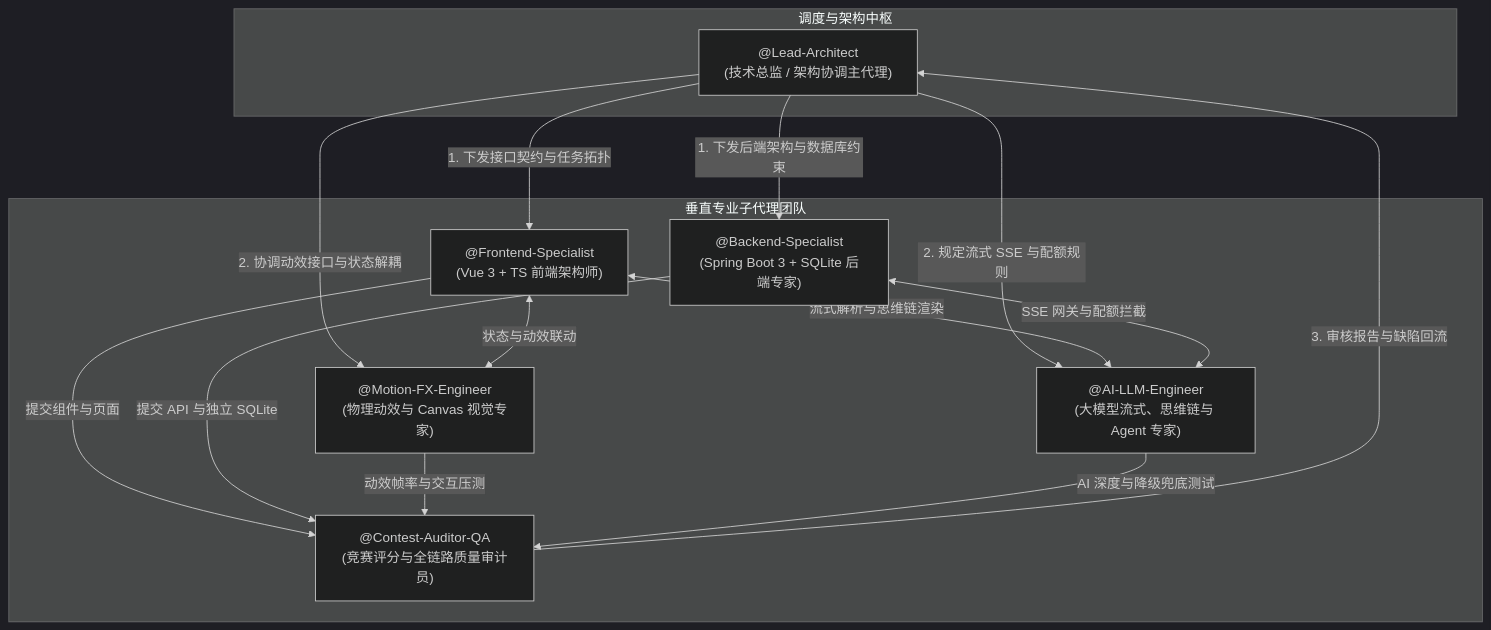
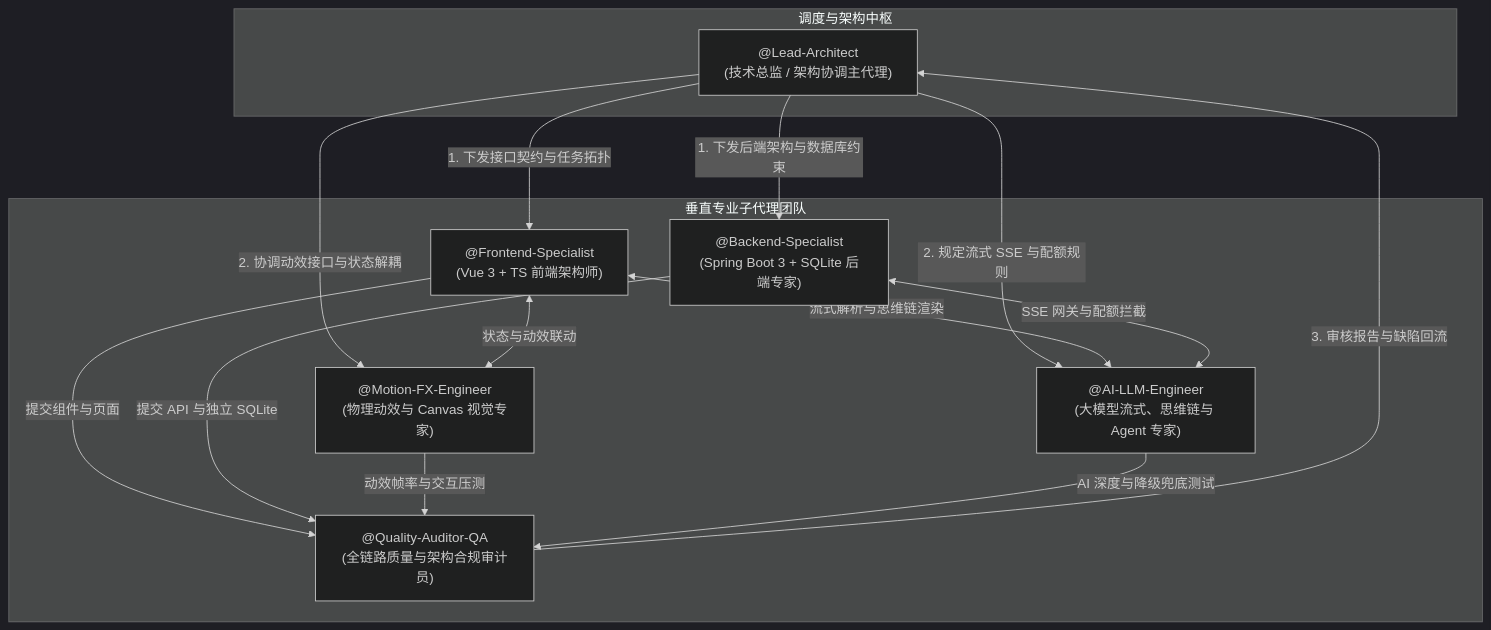
One commit to gyb0619/XCWeb changed the first of 2 diagrams in docs/PROMPTS.md. Above: the diagram before and after it, drawn with Mermaid (dark theme). The commit also changed other lines of this file and 1 other file, not shown here.

Commit message:
chore(docs): remove contest name references and generalize quality audit agent

````diff
--- a/docs/PROMPTS.md
+++ b/docs/PROMPTS.md
@@ -11,30 +11,30 @@
 ```mermaid
 graph TB
     subgraph Core_Orchestrator["调度与架构中枢"]
         Architect["@Lead-Architect<br/>(技术总监 / 架构协调主代理)"]
     end
 
     subgraph Specialized_Agents["垂直专业子代理团队"]
         FrontendDev["@Frontend-Specialist<br/>(Vue 3 + TS 前端架构师)"]
         MotionFX["@Motion-FX-Engineer<br/>(物理动效与 Canvas 视觉专家)"]
         BackendDev["@Backend-Specialist<br/>(Spring Boot 3 + SQLite 后端专家)"]
         AIEngineer["@AI-LLM-Engineer<br/>(大模型流式、思维链与 Agent 专家)"]
-        ContestQA["@Contest-Auditor-QA<br/>(竞赛评分与全链路质量审计员)"]
+        QualityQA["@Quality-Auditor-QA<br/>(全链路质量与架构合规审计员)"]
     end
 
     Architect -->|"1. 下发接口契约与任务拓扑"| FrontendDev
     Architect -->|"1. 下发后端架构与数据库约束"| BackendDev
     Architect -->|"2. 协调动效接口与状态解耦"| MotionFX
     Architect -->|"2. 规定流式 SSE 与配额规则"| AIEngineer
     
     FrontendDev <-->|"状态与动效联动"| MotionFX
     FrontendDev <-->|"流式解析与思维链渲染"| AIEngineer
     BackendDev <-->|"SSE 网关与配额拦截"| AIEngineer
     
-    FrontendDev -->|"提交组件与页面"| ContestQA
-    BackendDev -->|"提交 API 与独立 SQLite"| ContestQA
-    MotionFX -->|"动效帧率与交互压测"| ContestQA
-    AIEngineer -->|"AI 深度与降级兜底测试"| ContestQA
+    FrontendDev -->|"提交组件与页面"| QualityQA
+    BackendDev -->|"提交 API 与独立 SQLite"| QualityQA
+    MotionFX -->|"动效帧率与交互压测"| QualityQA
+    AIEngineer -->|"AI 深度与降级兜底测试"| QualityQA
     
-    ContestQA -->|"3. 审核报告与缺陷回流"| Architect
+    QualityQA -->|"3. 审核报告与缺陷回流"| Architect
 ```
````
